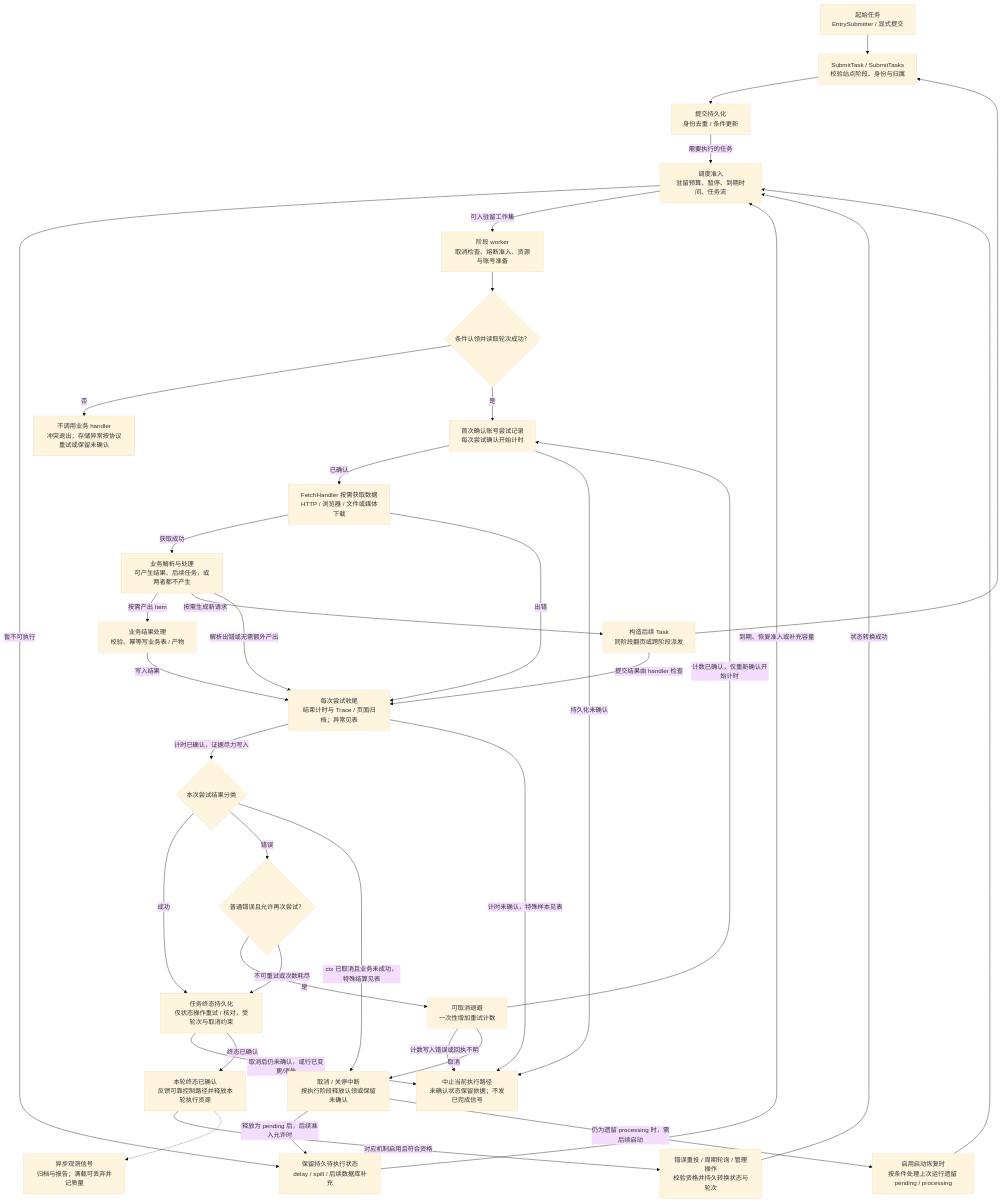
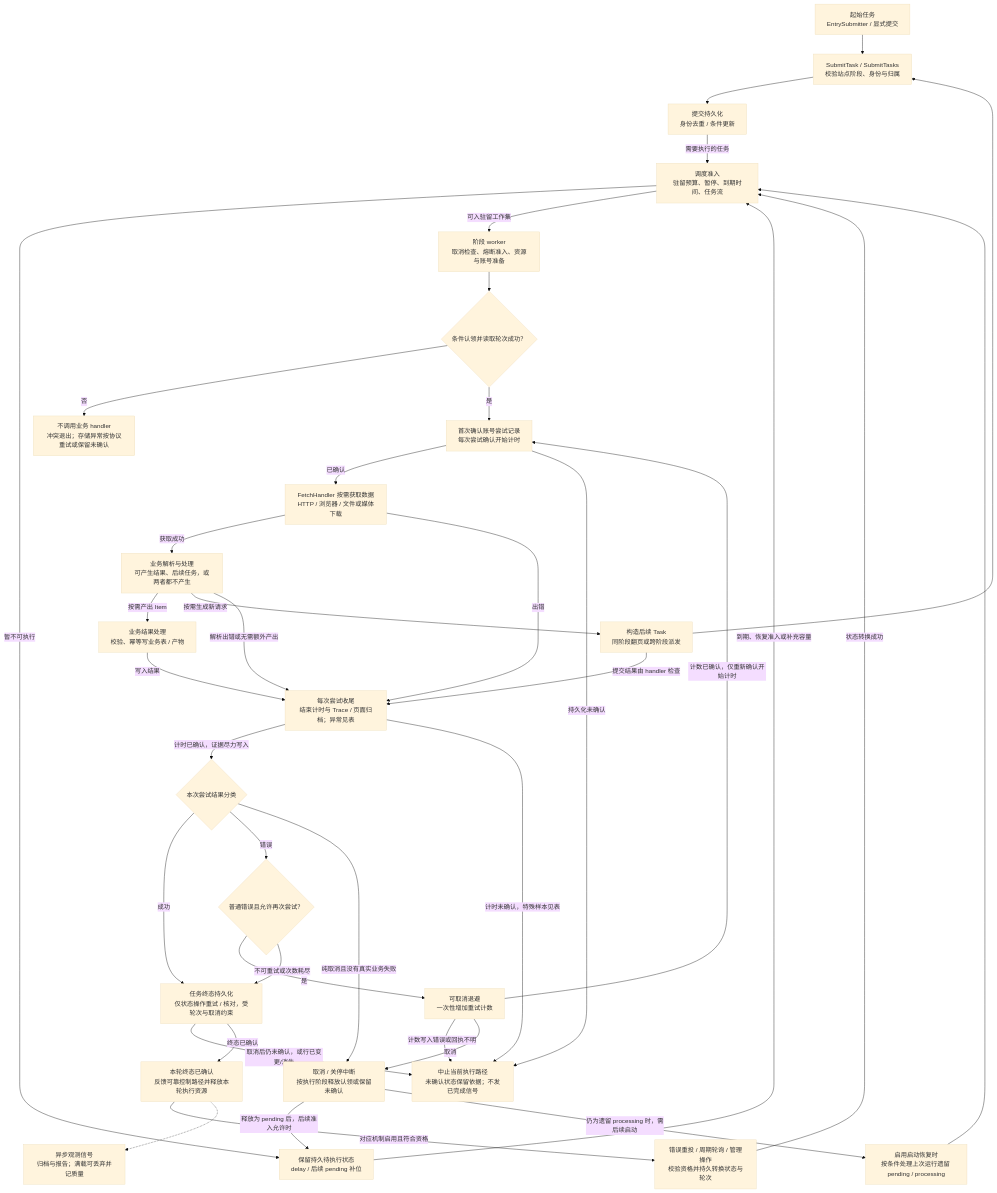
The second of 2 diagrams in docs/architecture/ARCHITECTURE_DIAGRAMS.md (ydtg1993/papa), drawn with Mermaid (base theme) before and after one commit. The commit also changed other lines of this file and 255 other files, not shown here.

````diff
--- a/docs/architecture/ARCHITECTURE_DIAGRAMS.md
+++ b/docs/architecture/ARCHITECTURE_DIAGRAMS.md
@@ -121,65 +121,65 @@
 ```mermaid
 flowchart TD
     Entry["起始任务<br/>EntrySubmitter / 显式提交"]
     Submit["SubmitTask / SubmitTasks<br/>校验站点阶段、身份与归属"]
     Persist["提交持久化<br/>身份去重 / 条件更新"]
     Schedule["调度准入<br/>驻留预算、暂停、到期时间、任务流"]
-    Pending["保留持久待执行状态<br/>delay / spill / 后续数据库补充"]
+    Pending["保留持久待执行状态<br/>delay / 后续 pending 补位"]
     Worker["阶段 worker<br/>取消检查、熔断准入、资源与账号准备"]
     Claim{"条件认领并读取轮次成功？"}
     Skip["不调用业务 handler<br/>冲突退出；存储异常按协议重试或保留未确认"]
     Attempt["首次确认账号尝试记录<br/>每次尝试确认开始计时"]
     Fetch["FetchHandler 按需获取数据<br/>HTTP / 浏览器 / 文件或媒体下载"]
     Parse["业务解析与处理<br/>可产生结果、后续任务，或两者都不产生"]
     Item["业务结果处理<br/>校验、幂等写业务表 / 产物"]
     Child["构造后续 Task<br/>同阶段翻页或跨阶段派发"]
     Finish["每次尝试收尾<br/>结束计时与 Trace / 页面归档；异常见表"]
     Return{"本次尝试结果分类"}
     Retry{"普通错误且允许再次尝试？"}
     Backoff["可取消退避<br/>一次性增加重试计数"]
     Settle["任务终态持久化<br/>仅状态操作重试 / 核对，受轮次与取消约束"]
     Uncertain["中止当前执行路径<br/>未确认状态保留依据；不发已完成信号"]
     Cancel["取消 / 关停中断<br/>按执行阶段释放认领或保留未确认"]
     Recover["启用启动恢复时<br/>按条件处理上次运行遗留 pending / processing"]
     Done["本轮终态已确认<br/>反馈可靠控制路径并释放本轮执行资源"]
     Requeue["错误重投 / 周期轮询 / 管理操作<br/>校验资格并持久转换状态与轮次"]
     Observe["异步观测信号<br/>归档与报告；满载可丢弃并记质量"]
 
     Entry --> Submit
     Submit --> Persist
     Persist -->|需要执行的任务| Schedule
     Schedule -->|暂不可执行| Pending
     Pending -->|到期、恢复准入或补充容量| Schedule
     Schedule -->|可入驻留工作集| Worker
     Worker --> Claim
     Claim -->|否| Skip
     Claim -->|是| Attempt
     Attempt -->|已确认| Fetch
     Attempt -->|持久化未确认| Uncertain
     Fetch -->|获取成功| Parse
     Fetch -->|出错| Finish
     Parse -->|按需产出 Item| Item
     Item -->|写入结果| Finish
     Parse -->|按需生成新请求| Child
     Child --> Submit
     Child -->|提交结果由 handler 检查| Finish
     Parse -->|解析出错或无需额外产出| Finish
     Finish -->|计时已确认，证据尽力写入| Return
     Finish -->|计时未确认，特殊样本见表| Uncertain
     Return -->|成功| Settle
     Return -->|错误| Retry
     Retry -->|是| Backoff
     Backoff -->|计数已确认，仅重新确认开始计时| Attempt
     Backoff -->|计数写入错误或回执不明| Uncertain
     Retry -->|不可重试或次数耗尽| Settle
-    Return -->|ctx 已取消且业务未成功，特殊结算见表| Cancel
+    Return -->|纯取消且没有真实业务失败| Cancel
     Backoff -->|取消| Cancel
     Cancel -->|释放为 pending 后，后续准入允许时| Pending
     Cancel -->|仍为遗留 processing 时，需后续启动| Recover
     Recover --> Schedule
     Settle -->|取消后仍未确认，或行已变更/消失| Uncertain
     Settle -->|终态已确认| Done
     Done -->|对应机制启用且符合资格| Requeue
     Requeue -->|状态转换成功| Schedule
     Done -.-> Observe
 ```
````
